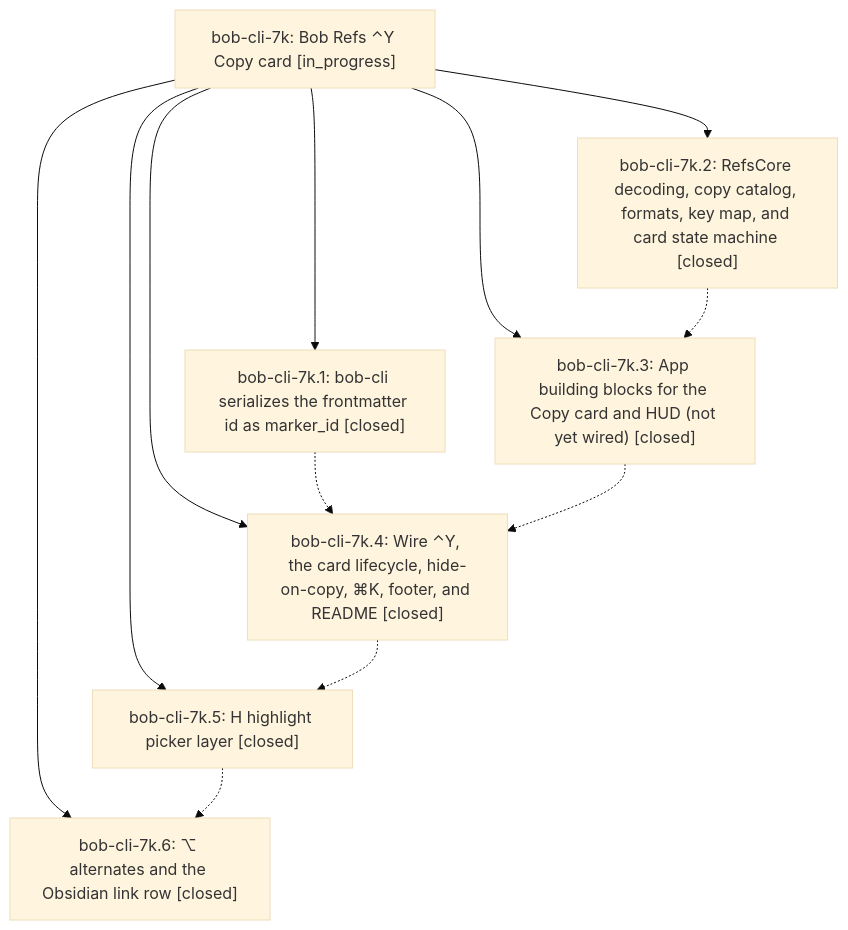
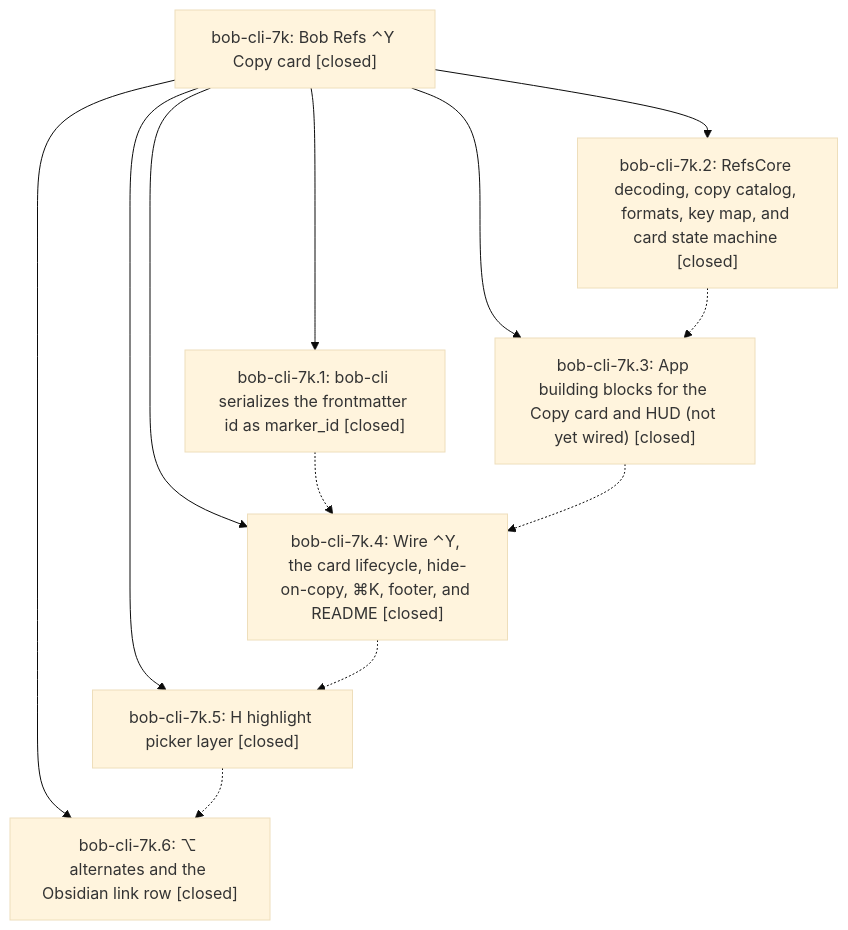
The diagram in pages/bob-cli-7k/README.md (bobs-org/bob-cli--beads), drawn with Mermaid (base theme) before and after one commit. The commit also changed other lines of this file, not shown here.

First line of the commit message:
chore(beads): sync bead state and pages for bob-cli-7k

````diff
--- a/pages/bob-cli-7k/README.md
+++ b/pages/bob-cli-7k/README.md
@@ -41,21 +49,21 @@
 ```mermaid
 flowchart TD
-    n0["bob-cli-7k: Bob Refs ⌃Y Copy card [in_progress]"]
+    n0["bob-cli-7k: Bob Refs ⌃Y Copy card [closed]"]
     n1["bob-cli-7k.1: bob-cli serializes the frontmatter id as marker_id [closed]"]
     n2["bob-cli-7k.2: RefsCore decoding, copy catalog, formats, key map, and card state machine [closed]"]
     n3["bob-cli-7k.3: App building blocks for the Copy card and HUD (not yet wired) [closed]"]
     n4["bob-cli-7k.4: Wire ⌃Y, the card lifecycle, hide-on-copy, ⌘K, footer, and README [closed]"]
     n5["bob-cli-7k.5: H highlight picker layer [closed]"]
     n6["bob-cli-7k.6: ⌥ alternates and the Obsidian link row [closed]"]
     n0 --> n1
     n0 --> n2
     n0 --> n3
     n0 --> n4
     n0 --> n5
     n0 --> n6
     n1 -.-> n4
     n2 -.-> n3
     n3 -.-> n4
     n4 -.-> n5
     n5 -.-> n6
 ```
````
